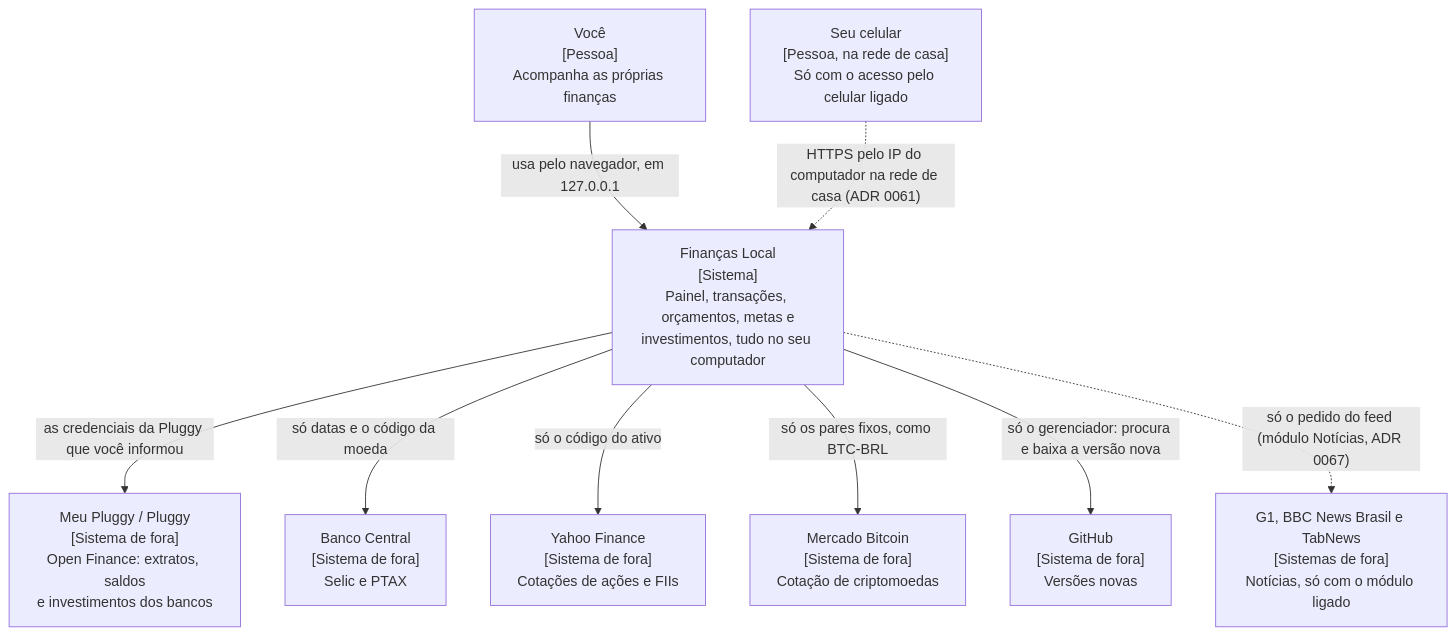
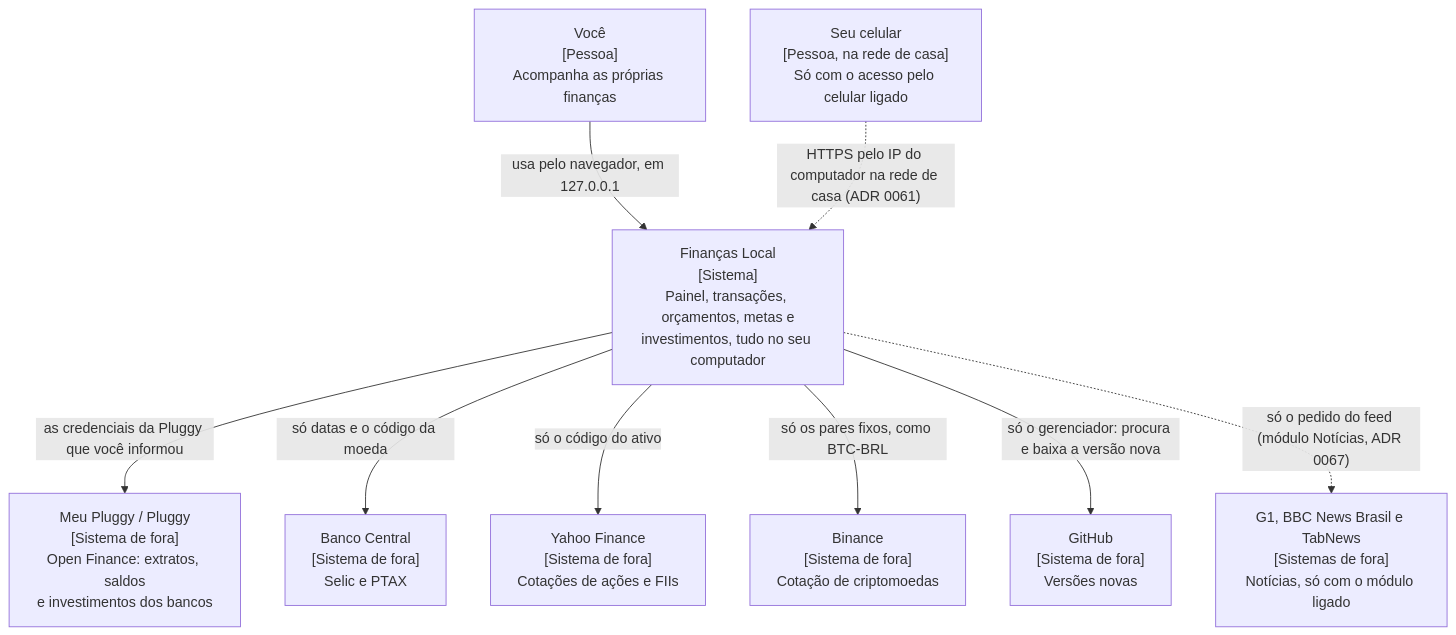
One commit to LucasDesenvGit/financas-local changed the first of 6 diagrams in docs/ARQUITETURA.md. Above: the diagram before and after it, drawn with Mermaid. The commit also changed other lines of this file and 37 other files, not shown here.

First line of the commit message:
fix(investimentos): cotação de cripto pela Binance, no lugar do Mercado Bitcoin (#762)

````diff
--- a/docs/ARQUITETURA.md
+++ b/docs/ARQUITETURA.md
@@ -11,21 +11,21 @@
 ```mermaid
 flowchart TB
     pessoa["Você<br/>[Pessoa]<br/>Acompanha as próprias finanças"]
     sistema["Finanças Local<br/>[Sistema]<br/>Painel, transações, orçamentos, metas e<br/>investimentos, tudo no seu computador"]
     pluggy["Meu Pluggy / Pluggy<br/>[Sistema de fora]<br/>Open Finance: extratos, saldos<br/>e investimentos dos bancos"]
     bcb["Banco Central<br/>[Sistema de fora]<br/>Selic e PTAX"]
     cotacoes["Yahoo Finance<br/>[Sistema de fora]<br/>Cotações de ações e FIIs"]
-    mercado["Mercado Bitcoin<br/>[Sistema de fora]<br/>Cotação de criptomoedas"]
+    mercado["Binance<br/>[Sistema de fora]<br/>Cotação de criptomoedas"]
     github["GitHub<br/>[Sistema de fora]<br/>Versões novas"]
     noticias["G1, BBC News Brasil e TabNews<br/>[Sistemas de fora]<br/>Notícias, só com o módulo ligado"]
     celular["Seu celular<br/>[Pessoa, na rede de casa]<br/>Só com o acesso pelo celular ligado"]
 
     pessoa -- "usa pelo navegador, em 127.0.0.1" --> sistema
     celular -.->|"HTTPS pelo IP do computador na rede de casa (ADR 0061)"| sistema
     sistema -- "as credenciais da Pluggy que você informou" --> pluggy
     sistema -- "só datas e o código da moeda" --> bcb
     sistema -- "só o código do ativo" --> cotacoes
     sistema -- "só os pares fixos, como BTC-BRL" --> mercado
     sistema -- "só o gerenciador: procura e baixa a versão nova" --> github
     sistema -.->|"só o pedido do feed (módulo Notícias, ADR 0067)"| noticias
 ```
````
